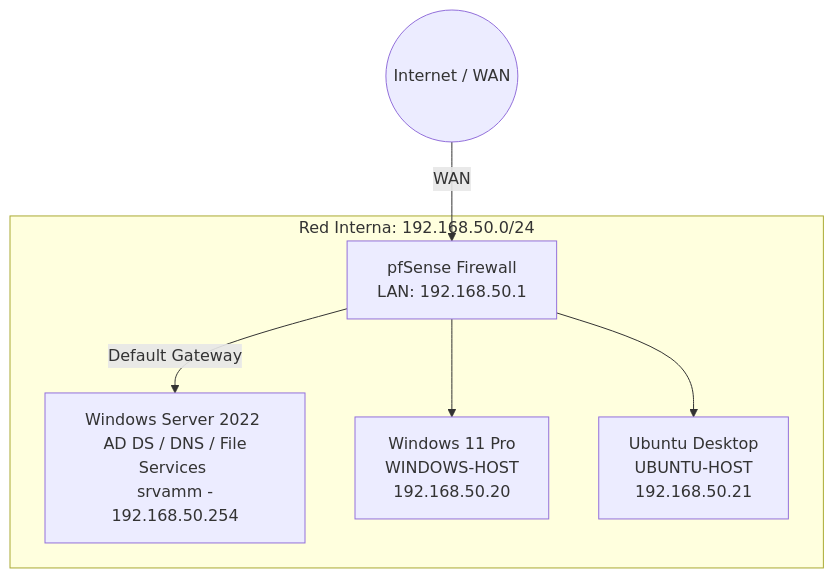
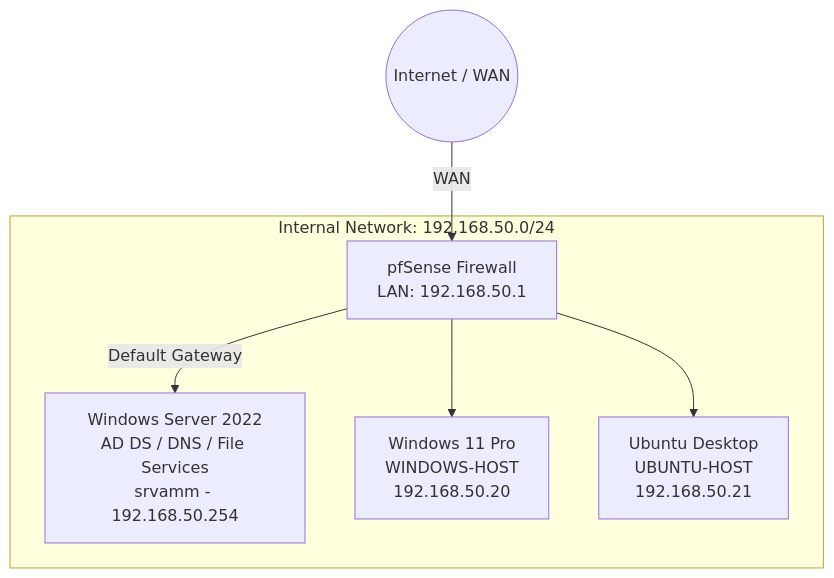
The diagram in README.md (molina-misa/enterprise-ad-lab), drawn with Mermaid before and after one commit. The commit also changed other lines of this file, not shown here.

````diff
--- a/README.md
+++ b/README.md
@@ -62,10 +83,10 @@
 ```mermaid
 graph TD
-    Internet((Internet / WAN)) -->|WAN| PF[pfSense Firewall <br> LAN: 192.168.50.1]
-    
-    subgraph Subnet [Red Interna: 192.168.50.0/24]
-        PF -->|Default Gateway| DC[Windows Server 2022 <br> AD DS / DNS / File Services <br> srvamm - 192.168.50.254]
-        PF --> W11[Windows 11 Pro <br> WINDOWS-HOST <br> 192.168.50.20]
-        PF --> Ubu[Ubuntu Desktop <br> UBUNTU-HOST <br> 192.168.50.21]
+    Internet((Internet / WAN)) -->|WAN| PF[pfSense Firewall<br/>LAN: 192.168.50.1]
+
+    subgraph Internal Network [Internal Network: 192.168.50.0/24]
+        PF -->|Default Gateway| DC[Windows Server 2022<br/>AD DS / DNS / File Services<br/>srvamm - 192.168.50.254]
+        PF --> W11[Windows 11 Pro<br/>WINDOWS-HOST<br/>192.168.50.20]
+        PF --> UBU[Ubuntu Desktop<br/>UBUNTU-HOST<br/>192.168.50.21]
     end
 ```
````
